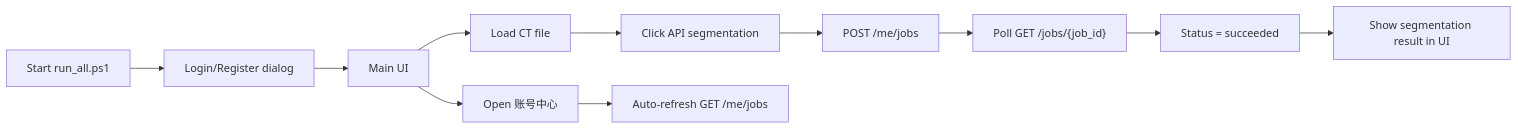
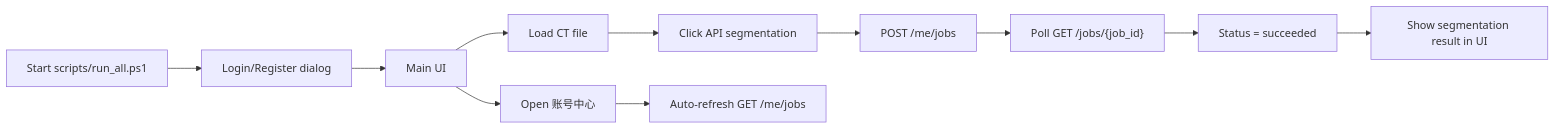
The diagram in README.md (Ansel-Yu22/3DLiverTumorSegmentation), drawn with Mermaid before and after one commit. The commit also changed other lines of this file and 21 other files, not shown here.

````diff
--- a/README.md
+++ b/README.md
@@ -45,13 +45,13 @@
 ```mermaid
 flowchart LR
-  A["Start run_all.ps1"] --> B["Login/Register dialog"]
+  A["Start scripts/run_all.ps1"] --> B["Login/Register dialog"]
   B --> C["Main UI"]
   C --> D["Load CT file"]
   D --> E["Click API segmentation"]
   E --> F["POST /me/jobs"]
   F --> G["Poll GET /jobs/{job_id}"]
   G --> H["Status = succeeded"]
   H --> I["Show segmentation result in UI"]
   C --> J["Open 账号中心"]
   J --> K["Auto-refresh GET /me/jobs"]
 ```
````
